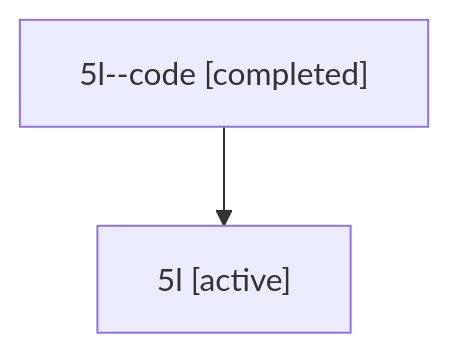
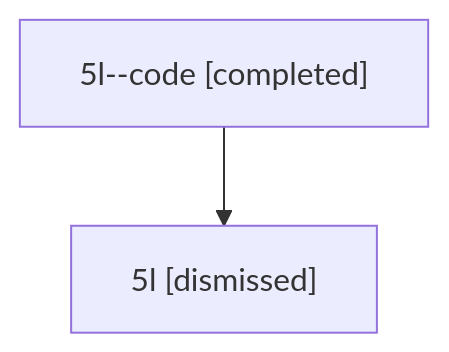
The diagram in sessions/bbugyi200.athena.5l.md (sase-org/sase--agents), drawn with Mermaid before and after one commit. The commit also changed other lines of this file and 32 other files, not shown here.

````diff
--- a/sessions/bbugyi200.athena.5l.md
+++ b/sessions/bbugyi200.athena.5l.md
@@ -9,6 +9,6 @@
 ```mermaid
 flowchart TD
   n0["5l--code [completed]"]
-  n1["5l [active]"]
+  n1["5l [dismissed]"]
   n0 --> n1
 ```
````
